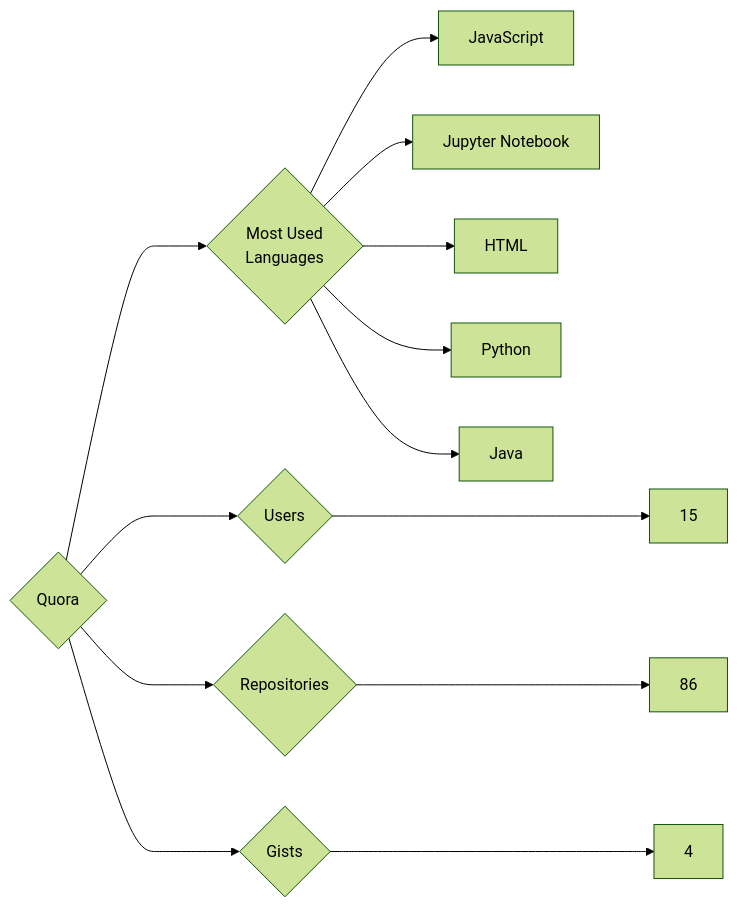
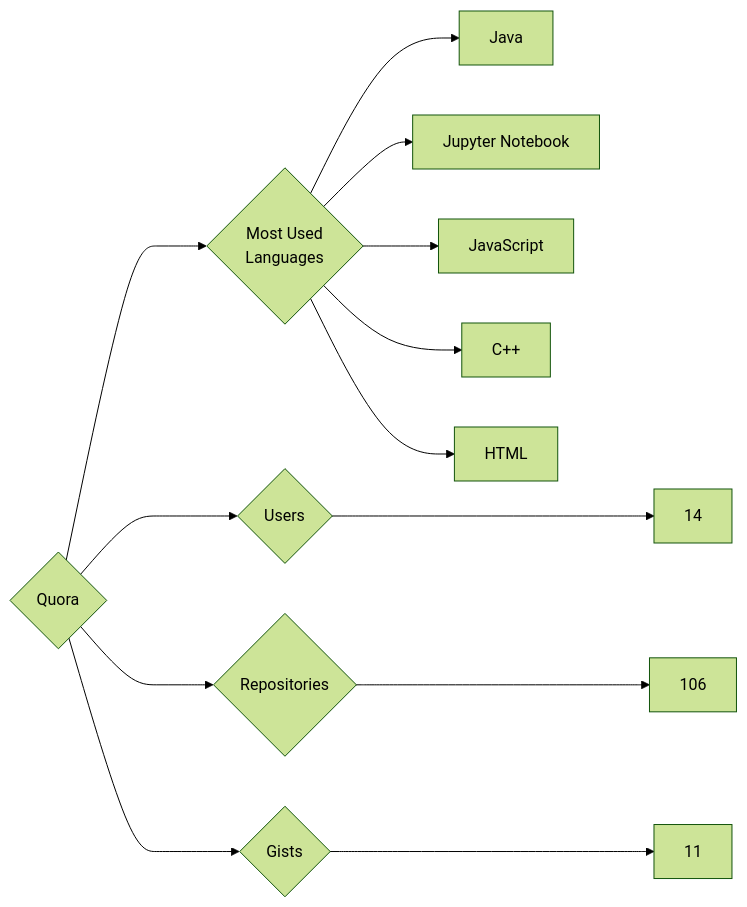
Before and after one commit to trickest/insiders: the diagram in targets/Quora/README.md, drawn with Mermaid (forest theme). The commit also changed 799 other files, not shown here.

````diff
--- a/targets/Quora/README.md
+++ b/targets/Quora/README.md
@@ -3,13 +3,13 @@
 ```mermaid
 graph LR
 COMPANY_NAME{Quora}
-COMPANY_NAME ---> U{Users} ---> UN[15]
-COMPANY_NAME ---> R{Repositories} ---> RN[86]
-COMPANY_NAME ---> G{Gists} ---> GN[4]
+COMPANY_NAME ---> U{Users} ---> UN[14]
+COMPANY_NAME ---> R{Repositories} ---> RN[106]
+COMPANY_NAME ---> G{Gists} ---> GN[11]
 COMPANY_NAME ---> ML{Most Used<br>Languages}
+ML --> Java[Java]
+ML --> Jupyter_Notebook[Jupyter Notebook]
 ML --> JavaScript[JavaScript]
-ML --> Jupyter_Notebook[Jupyter Notebook]
+ML --> C++[C++]
 ML --> HTML[HTML]
-ML --> Python[Python]
-ML --> Java[Java]
 ```
````
